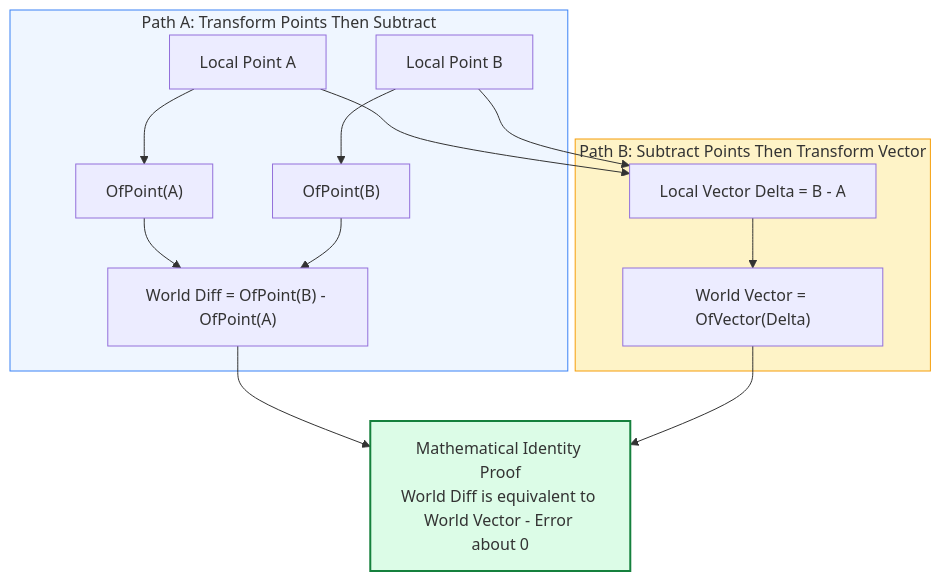
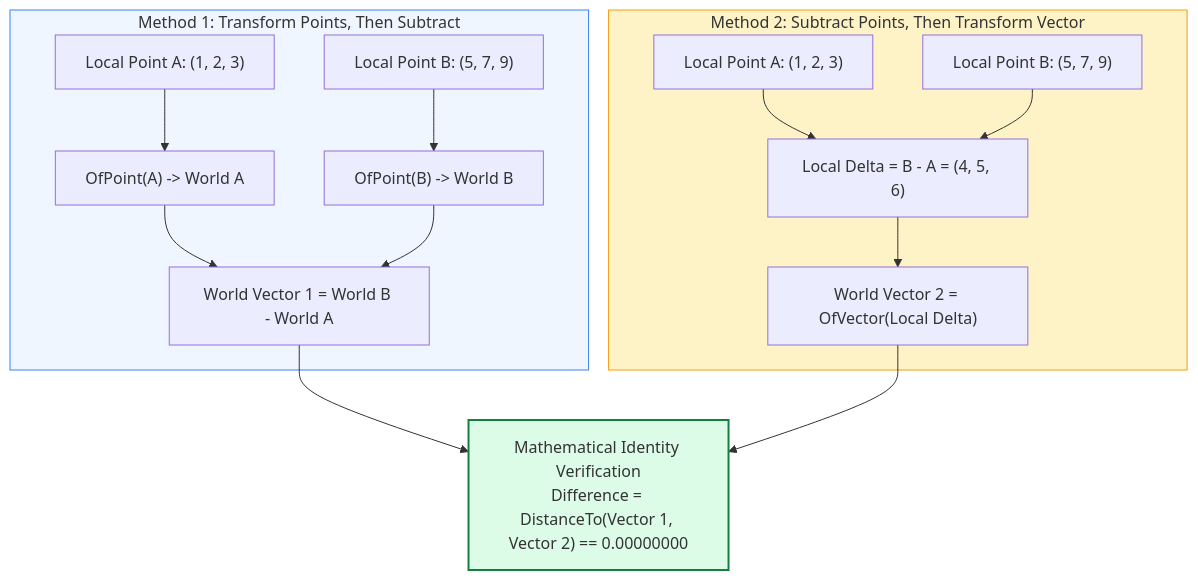
Before and after one commit to Mustafa-TOMMY/CommandSamplesRevitApiVer2025: diagram 11 of 21 in RevitApiSamples/Samples/TransformModule/TransformModule.md, drawn with Mermaid. The commit also changed other lines of this file, not shown here.

Commit message:
Update mermaid file

````diff
--- a/RevitApiSamples/Samples/TransformModule/TransformModule.md
+++ b/RevitApiSamples/Samples/TransformModule/TransformModule.md
@@ -417,19 +454,22 @@
 ```mermaid
 flowchart TD
-    subgraph PathA["Path A: Transform Points Then Subtract"]
-        PA["Local Point A"] --> TA["OfPoint(A)"]
-        PB["Local Point B"] --> TB["OfPoint(B)"]
-        TA & TB --> SUB1["World Diff = OfPoint(B) - OfPoint(A)"]
+    subgraph PathA["Method 1: Transform Points, Then Subtract"]
+        PA1["Local Point A: (1, 2, 3)"] --> TA1["OfPoint(A) -> World A"]
+        PB1["Local Point B: (5, 7, 9)"] --> TB1["OfPoint(B) -> World B"]
+        TA1 --> SUB1["World Vector 1 = World B - World A"]
+        TB1 --> SUB1
     end
 
-    subgraph PathB["Path B: Subtract Points Then Transform Vector"]
-        PA & PB --> SUB2["Local Vector Delta = B - A"]
-        SUB2 --> TOV["World Vector = OfVector(Delta)"]
+    subgraph PathB["Method 2: Subtract Points, Then Transform Vector"]
+        PA2["Local Point A: (1, 2, 3)"] --> SUB2["Local Delta = B - A = (4, 5, 6)"]
+        PB2["Local Point B: (5, 7, 9)"] --> SUB2
+        SUB2 --> TOV["World Vector 2 = OfVector(Local Delta)"]
     end
 
-    SUB1 & TOV --> PROOF["Mathematical Identity Proof<br/>World Diff is equivalent to World Vector - Error about 0"]
+    SUB1 --> PROOF["Mathematical Identity Verification<br/>Difference = DistanceTo(Vector 1, Vector 2) == 0.00000000"]
+    TOV --> PROOF
 
     style PathA fill:#eff6ff,stroke:#3b82f6
     style PathB fill:#fef3c7,stroke:#f59e0b
     style PROOF fill:#dcfce7,stroke:#15803d,stroke-width:2px
 ```
````
